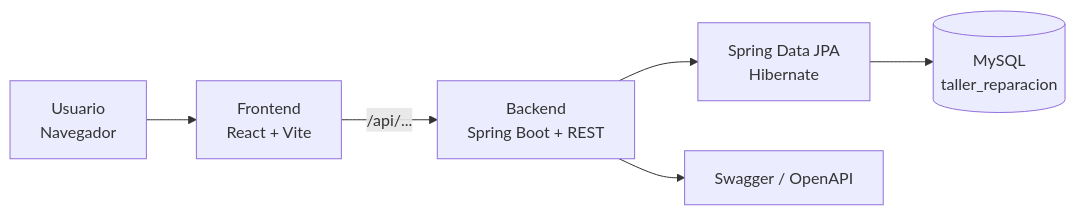
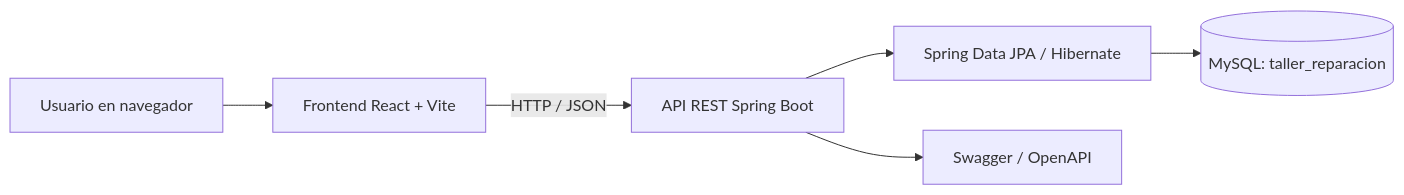
Before and after one commit to JAIROACARDOZO15/AutoCore: the diagram in README.md, drawn with Mermaid. The commit also changed other lines of this file and 24 other files, not shown here.

````diff
--- a/README.md
+++ b/README.md
@@ -35,8 +62,8 @@
 ```mermaid
-graph LR
-    U["Usuario<br/>Navegador"] --> FE["Frontend<br/>React + Vite"]
-    FE -->|"/api/..."| BE["Backend<br/>Spring Boot + REST"]
-    BE --> JPA["Spring Data JPA<br/>Hibernate"]
-    JPA --> DB[("MySQL<br/>taller_reparacion")]
-    BE --> SW["Swagger / OpenAPI"]
+flowchart LR
+    U[Usuario en navegador] --> FE[Frontend React + Vite]
+    FE -->|HTTP / JSON| API[API REST Spring Boot]
+    API --> JPA[Spring Data JPA / Hibernate]
+    JPA --> DB[(MySQL: taller_reparacion)]
+    API --> SW[Swagger / OpenAPI]
 ```
````
